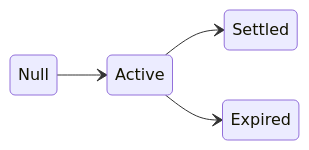
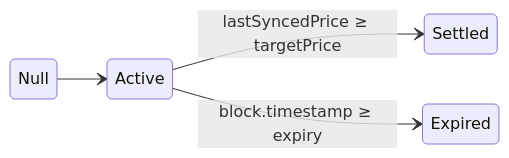
Before and after one commit to sablier-labs/docs: the diagram in docs/concepts/bob/02-statuses.md, drawn with Mermaid. The commit also changed other lines of this file and 22 other files, not shown here.

````diff
--- a/docs/concepts/bob/02-statuses.md
+++ b/docs/concepts/bob/02-statuses.md
@@ -37,7 +37,7 @@
 ```mermaid
 stateDiagram-v2
   direction LR
   Null --> Active
-  Active --> Settled
-  Active --> Expired
+  Active --> Settled : lastSyncedPrice ≥ targetPrice
+  Active --> Expired : block.timestamp ≥ expiry
 ```
````
